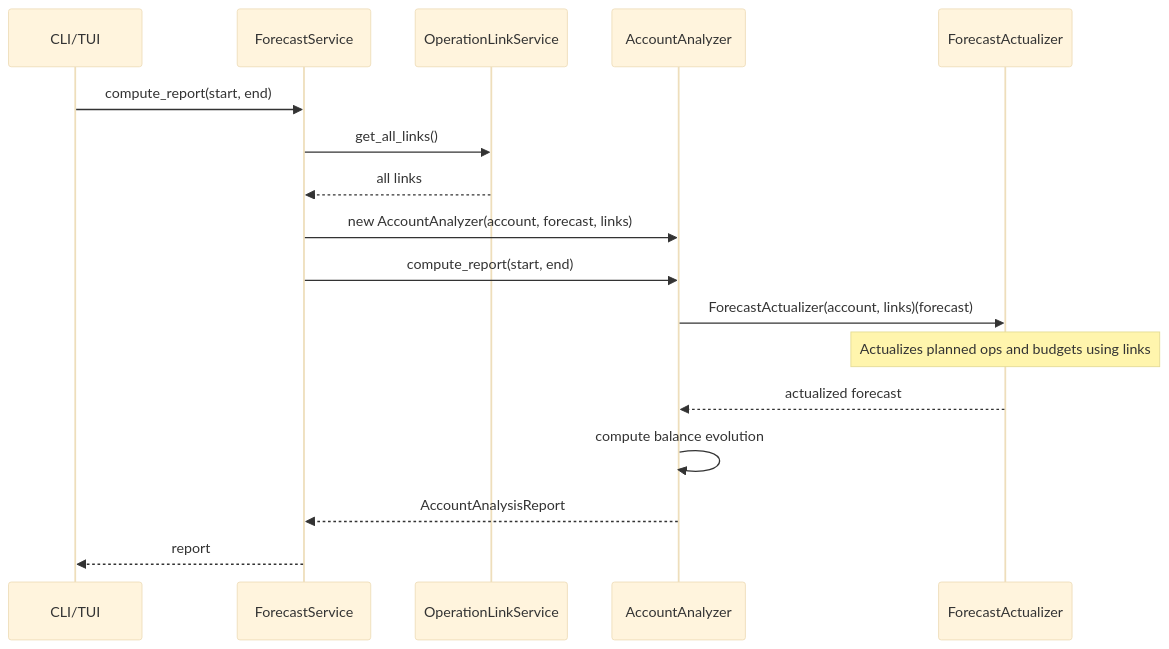
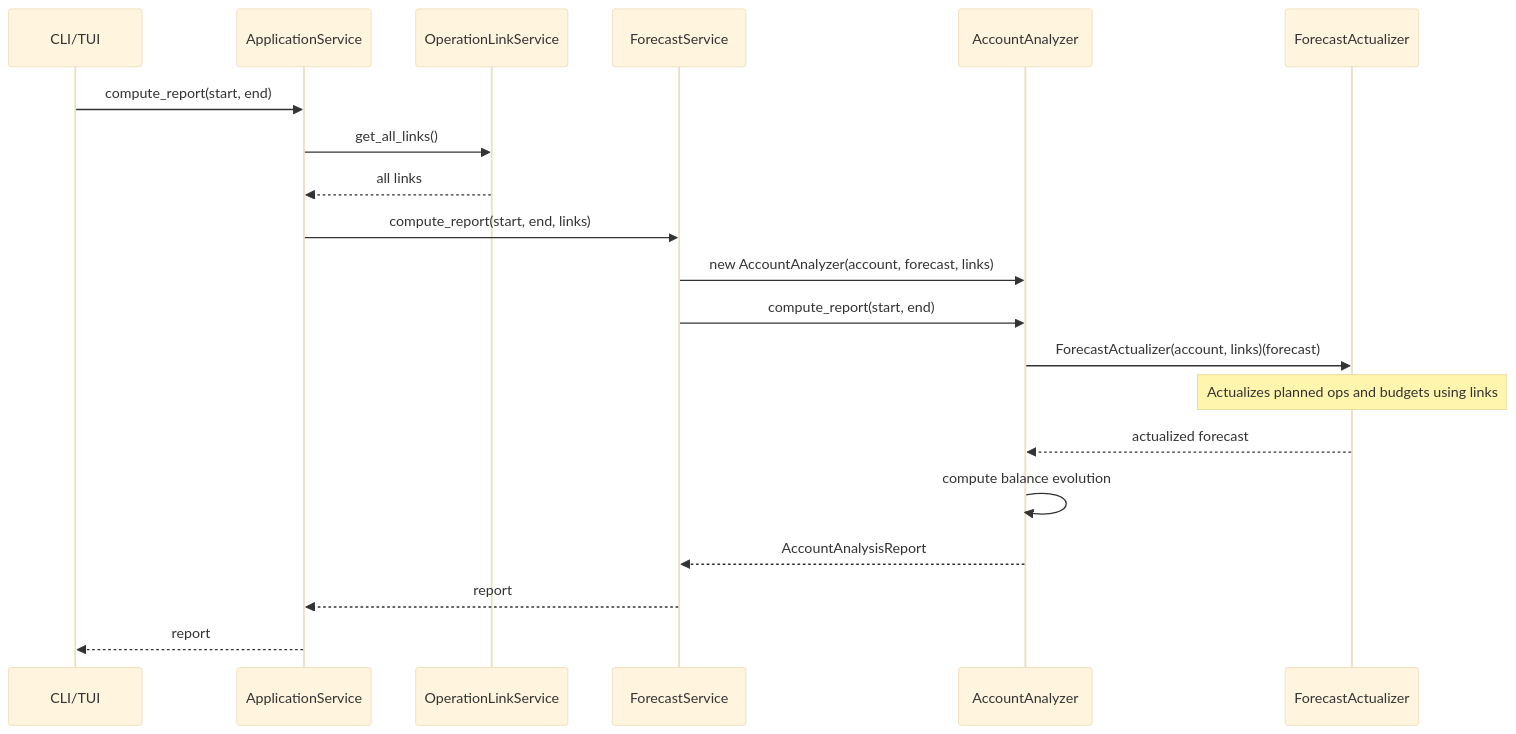
The seventh of 8 diagrams in docs/dev/operation-links.md (corentin-core/budget-forecaster), drawn with Mermaid (base theme) before and after one commit. The commit also changed other lines of this file and 30 other files, not shown here.

First line of the commit message:
feat: introduce ApplicationService as central orchestrator (#71) (#89)

````diff
--- a/docs/dev/operation-links.md
+++ b/docs/dev/operation-links.md
@@ -356,24 +422,27 @@
 ```mermaid
 sequenceDiagram
     participant CLI as CLI/TUI
+    participant AS as ApplicationService
+    participant OLS as OperationLinkService
     participant FS as ForecastService
-    participant OLS as OperationLinkService
     participant AA as AccountAnalyzer
     participant FA as ForecastActualizer
 
-    CLI->>FS: compute_report(start, end)
-    FS->>OLS: get_all_links()
-    OLS-->>FS: all links
+    CLI->>AS: compute_report(start, end)
+    AS->>OLS: get_all_links()
+    OLS-->>AS: all links
+    AS->>FS: compute_report(start, end, links)
 
     FS->>AA: new AccountAnalyzer(account, forecast, links)
     FS->>AA: compute_report(start, end)
 
     AA->>FA: ForecastActualizer(account, links)(forecast)
     Note over FA: Actualizes planned ops and budgets using links
     FA-->>AA: actualized forecast
 
     AA->>AA: compute balance evolution
     AA-->>FS: AccountAnalysisReport
 
-    FS-->>CLI: report
+    FS-->>AS: report
+    AS-->>CLI: report
 ```
````
